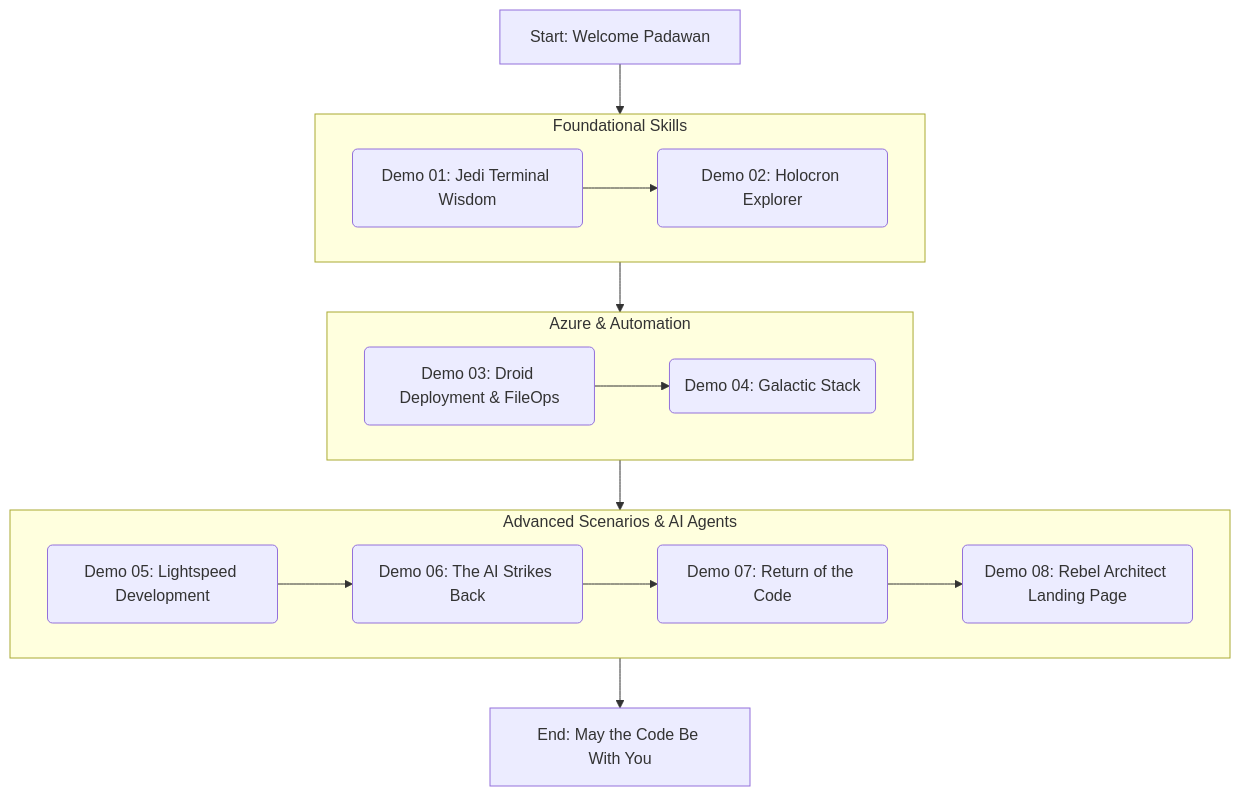
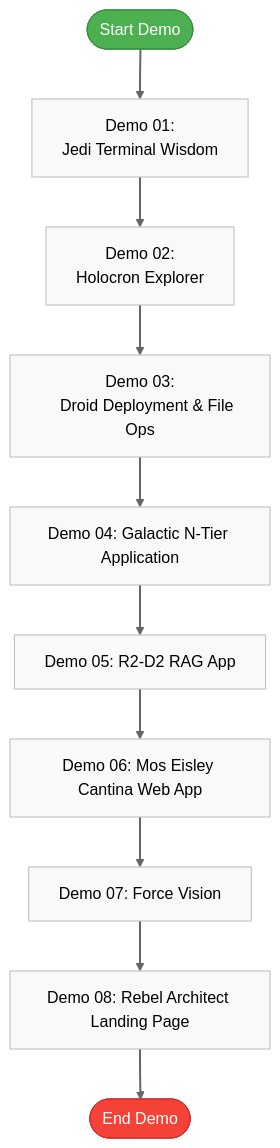
The diagram in readme.md (jonathan-vella/thecodeawakens), drawn with Mermaid before and after one commit. The commit also changed other lines of this file and 1 other file, not shown here.

Commit message:
Implement code changes to enhance functionality and improve performance

````diff
--- a/readme.md
+++ b/readme.md
@@ -41,32 +306,21 @@
 ```mermaid
-graph TD
-    A[Start: Welcome Padawan] --> B(Demo 01: Jedi Terminal Wisdom);
-    B --> C(Demo 02: Holocron Explorer);
-    C --> D(Demo 03: Droid Deployment & FileOps);
-    D --> E(Demo 04: Galactic Stack);
-    E --> F(Demo 05: Lightspeed Development);
-    F --> G(Demo 06: The AI Strikes Back);
-    G --> H(Demo 07: Return of the Code);
-    H --> I(Demo 08: Rebel Architect Landing Page);
-    I --> J[End: May the Code Be With You];
+flowchart TB
+    Start([Start Demo]) --> Demo1[Demo 01:
+    Jedi Terminal Wisdom]
+    Demo1 --> Demo2[Demo 02:
+    Holocron Explorer]
+    Demo2 --> Demo3[Demo 03:
+    Droid Deployment & File Ops]
+    Demo3 --> Demo4[Demo 04: Galactic N-Tier Application]
+    Demo4 --> Demo5[Demo 05: R2-D2 RAG App]
+    Demo5 --> Demo6[Demo 06: Mos Eisley Cantina Web App]
+    Demo6 --> Demo7[Demo 07: Force Vision]
+    Demo7 --> Demo8[Demo 08: Rebel Architect Landing Page]
+    Demo8 --> Finish([End Demo])
+    
+    style Start fill:#4CAF50,stroke:#388E3C,color:white
+    style Finish fill:#F44336,stroke:#D32F2F,color:white
 
-    subgraph "Foundational Skills"
-        direction LR
-        B
-        C
-    end
-
-    subgraph "Azure & Automation"
-        direction LR
-        D
-        E
-    end
-
-    subgraph "Advanced Scenarios & AI Agents"
-        direction LR
-        F
-        G
-        H
-        I
-    end
+    classDef default fill:#f9f9f9,stroke:#bbb,color:black
+    linkStyle default stroke:#666,stroke-width:2px
 ```
````
